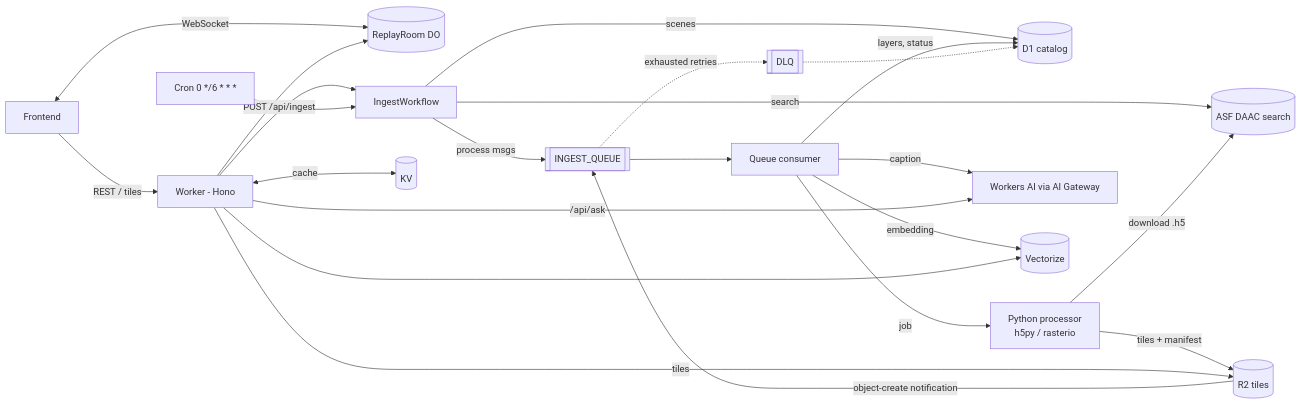
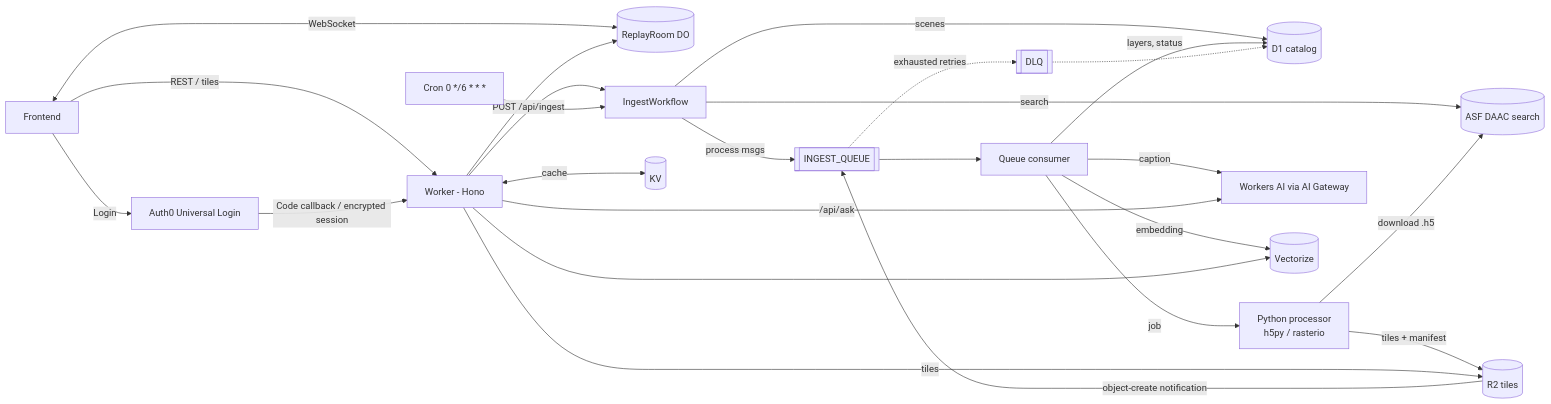
One commit to AmeersPersonal/spaceapp changed the diagram in backend/SPEC.md. Above: the diagram before and after it, drawn with Mermaid. The commit also changed other lines of this file and 19 other files, not shown here.

````diff
--- a/backend/SPEC.md
+++ b/backend/SPEC.md
@@ -21,24 +22,26 @@
 ```mermaid
 flowchart LR
   FE[Frontend] -->|REST / tiles| W[Worker - Hono]
+  FE -->|Login| AUTH[Auth0 Universal Login]
+  AUTH -->|Code callback / encrypted session| W
   FE <-->|WebSocket| DO[(ReplayRoom DO)]
   W --> DO
   W -->|POST /api/ingest| WF[IngestWorkflow]
   CRON[Cron 0 */6 * * *] --> WF
   WF -->|search| ASF[(ASF DAAC search)]
   WF -->|scenes| D1[(D1 catalog)]
   WF -->|process msgs| Q[[INGEST_QUEUE]]
   Q --> C[Queue consumer]
   C -->|job| PY[Python processor<br/>h5py / rasterio]
   PY -->|download .h5| ASF
   PY -->|tiles + manifest| R2[(R2 tiles)]
   R2 -->|object-create notification| Q
   C -->|layers, status| D1
   C -->|caption| AI[Workers AI via AI Gateway]
   C -->|embedding| V[(Vectorize)]
   Q -.->|exhausted retries| DLQ[[DLQ]] -.-> D1
   W -->|tiles| R2
   W -->|/api/ask| AI
   W --> V
   W <-->|cache| KV[(KV)]
 ```
````
